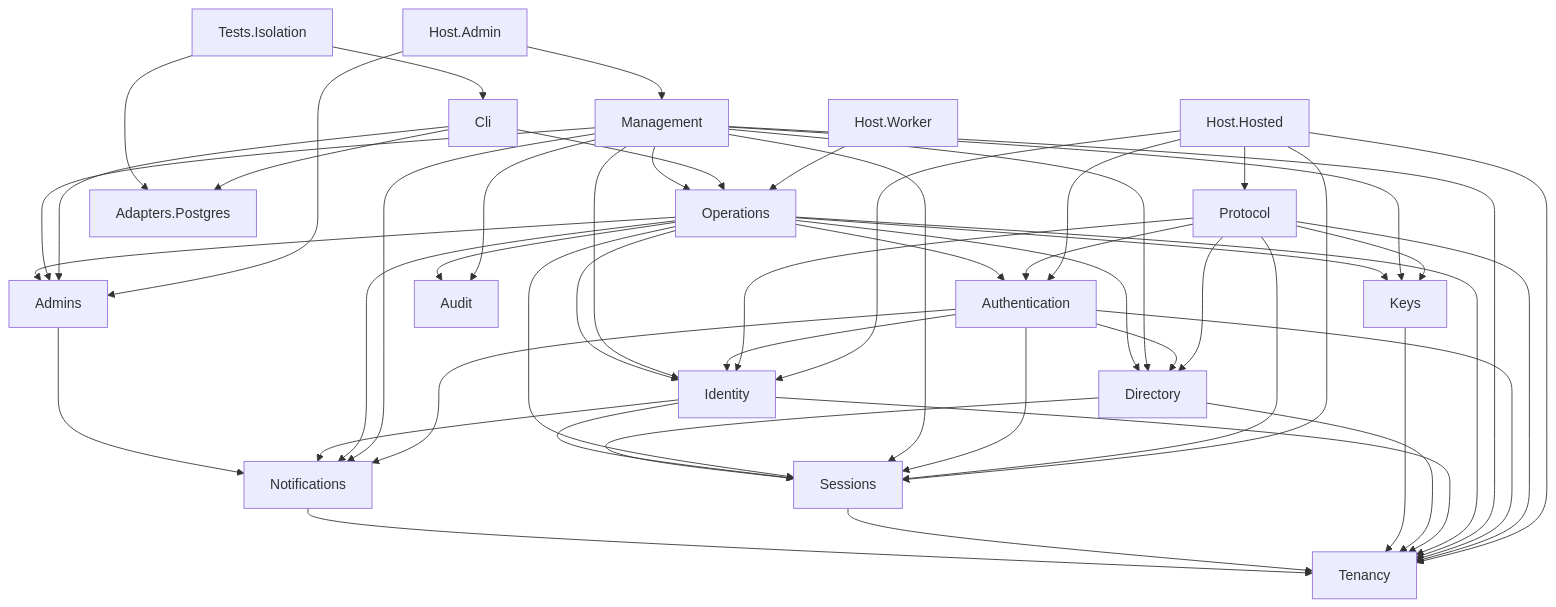
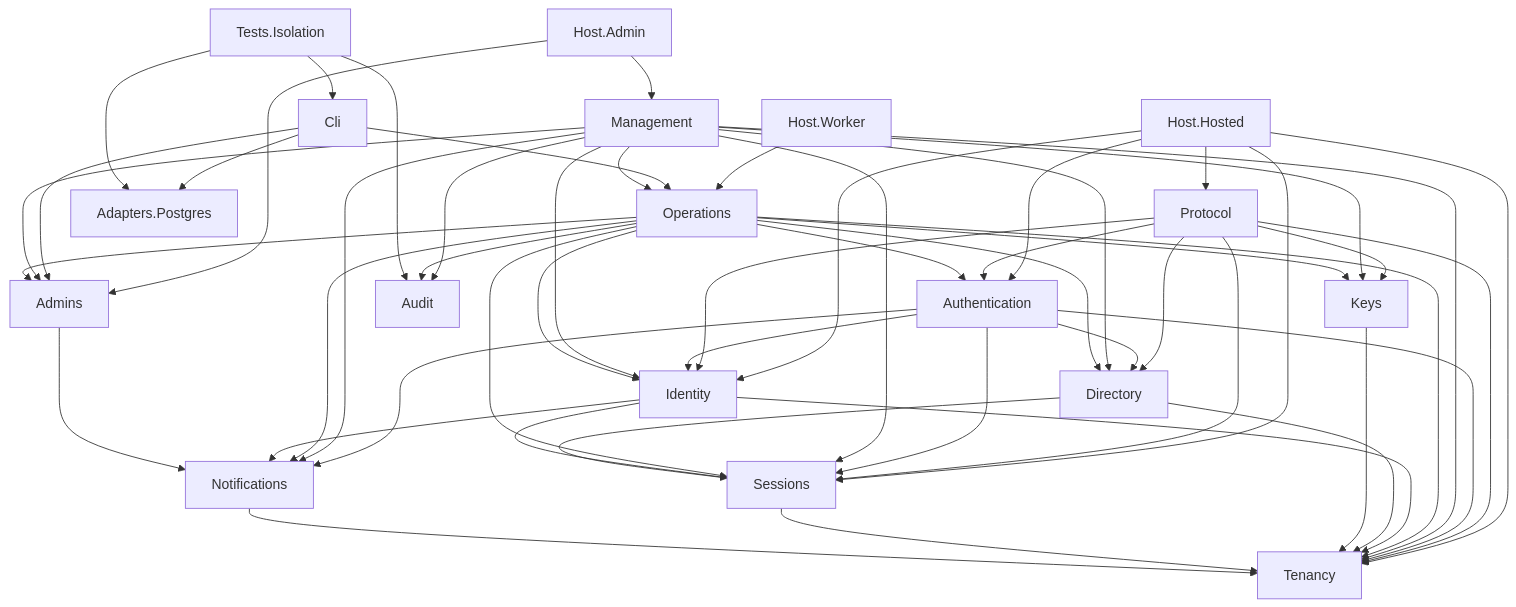
Before and after one commit to shanilmelder/gatekeep: the diagram in docs/architecture/module-dependencies.md, drawn with Mermaid. The commit also changed 30 other files, not shown here.

````diff
--- a/docs/architecture/module-dependencies.md
+++ b/docs/architecture/module-dependencies.md
@@ -7,72 +7,73 @@
 ```mermaid
 flowchart TD
   HostHosted[Host.Hosted]
   Protocol[Protocol]
   Authentication[Authentication]
   Identity[Identity]
   Sessions[Sessions]
   Tenancy[Tenancy]
   HostAdmin[Host.Admin]
   Management[Management]
   Admins[Admins]
   HostWorker[Host.Worker]
   Operations[Operations]
   Cli[Cli]
   AdaptersPostgres[Adapters.Postgres]
   Directory[Directory]
   Keys[Keys]
   Notifications[Notifications]
   Audit[Audit]
   TestsIsolation[Tests.Isolation]
   HostHosted --> Protocol
   HostHosted --> Authentication
   HostHosted --> Identity
   HostHosted --> Sessions
   HostHosted --> Tenancy
   HostAdmin --> Management
   HostAdmin --> Admins
   HostWorker --> Operations
   Cli --> Operations
   Cli --> Admins
   Cli --> AdaptersPostgres
   Protocol --> Authentication
   Protocol --> Directory
   Protocol --> Identity
   Protocol --> Sessions
   Protocol --> Keys
   Protocol --> Tenancy
   Authentication --> Directory
   Authentication --> Identity
   Authentication --> Sessions
   Authentication --> Notifications
   Authentication --> Tenancy
   Management --> Operations
   Management --> Directory
   Management --> Identity
   Management --> Sessions
   Management --> Keys
   Management --> Notifications
   Management --> Admins
   Management --> Audit
   Management --> Tenancy
   Operations --> Authentication
   Operations --> Directory
   Operations --> Identity
   Operations --> Sessions
   Operations --> Keys
   Operations --> Notifications
   Operations --> Audit
   Operations --> Admins
   Operations --> Tenancy
   Identity --> Sessions
   Identity --> Notifications
   Identity --> Tenancy
   Directory --> Sessions
   Directory --> Tenancy
   Keys --> Tenancy
   Sessions --> Tenancy
   Notifications --> Tenancy
   Admins --> Notifications
   TestsIsolation --> AdaptersPostgres
+  TestsIsolation --> Audit
   TestsIsolation --> Cli
 ```
````
